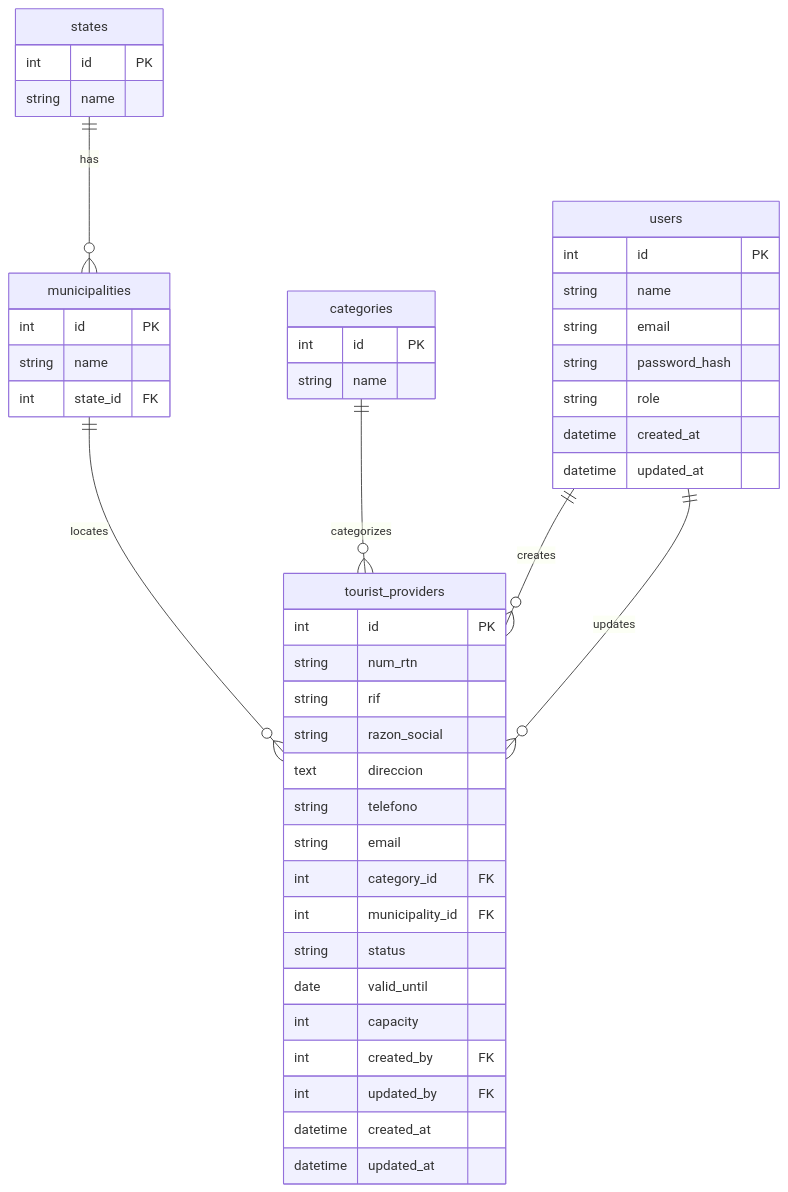
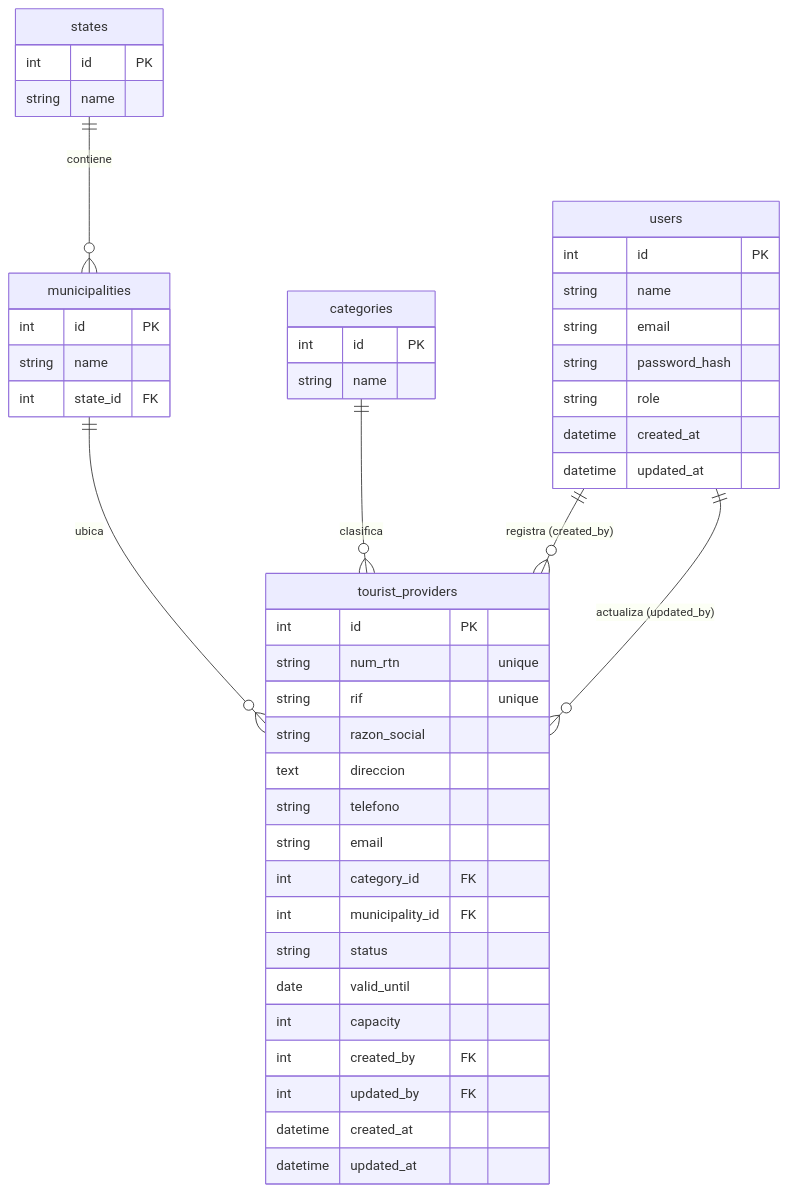
The diagram in diagrama_er.mmd (ddkitsune/python_sig_inatur), drawn with Mermaid before and after one commit. The commit also changed other lines of this file and 1 other file, not shown here.

Commit message:
Update: Corrected Premium ER Diagram with accurate fields and relationships

```diff
--- a/diagrama_er.mmd
+++ b/diagrama_er.mmd
@@ -1,47 +1,47 @@
 erDiagram
     users {
         int id PK
         string name
         string email
         string password_hash
         string role
         datetime created_at
         datetime updated_at
     }
     states {
         int id PK
         string name
     }
     municipalities {
         int id PK
         string name
         int state_id FK
     }
     categories {
         int id PK
         string name
     }
     tourist_providers {
         int id PK
-        string num_rtn
-        string rif
+        string num_rtn "unique"
+        string rif "unique"
         string razon_social
         text direccion
         string telefono
         string email
         int category_id FK
         int municipality_id FK
         string status
         date valid_until
         int capacity
         int created_by FK
         int updated_by FK
         datetime created_at
         datetime updated_at
     }
 
-    states ||--o{ municipalities : "has"
-    municipalities ||--o{ tourist_providers : "locates"
-    categories ||--o{ tourist_providers : "categorizes"
-    users ||--o{ tourist_providers : "creates"
-    users ||--o{ tourist_providers : "updates"
+    states ||--o{ municipalities : "contiene"
+    municipalities ||--o{ tourist_providers : "ubica"
+    categories ||--o{ tourist_providers : "clasifica"
+    users ||--o{ tourist_providers : "registra (created_by)"
+    users ||--o{ tourist_providers : "actualiza (updated_by)"
```
